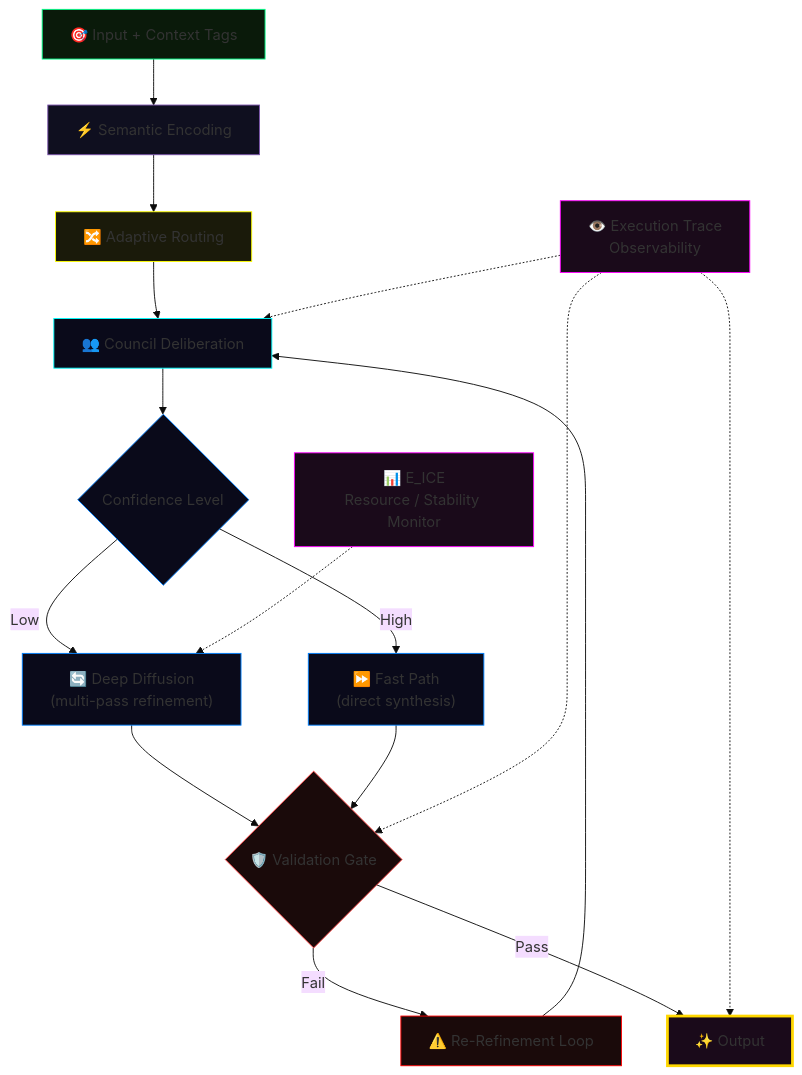
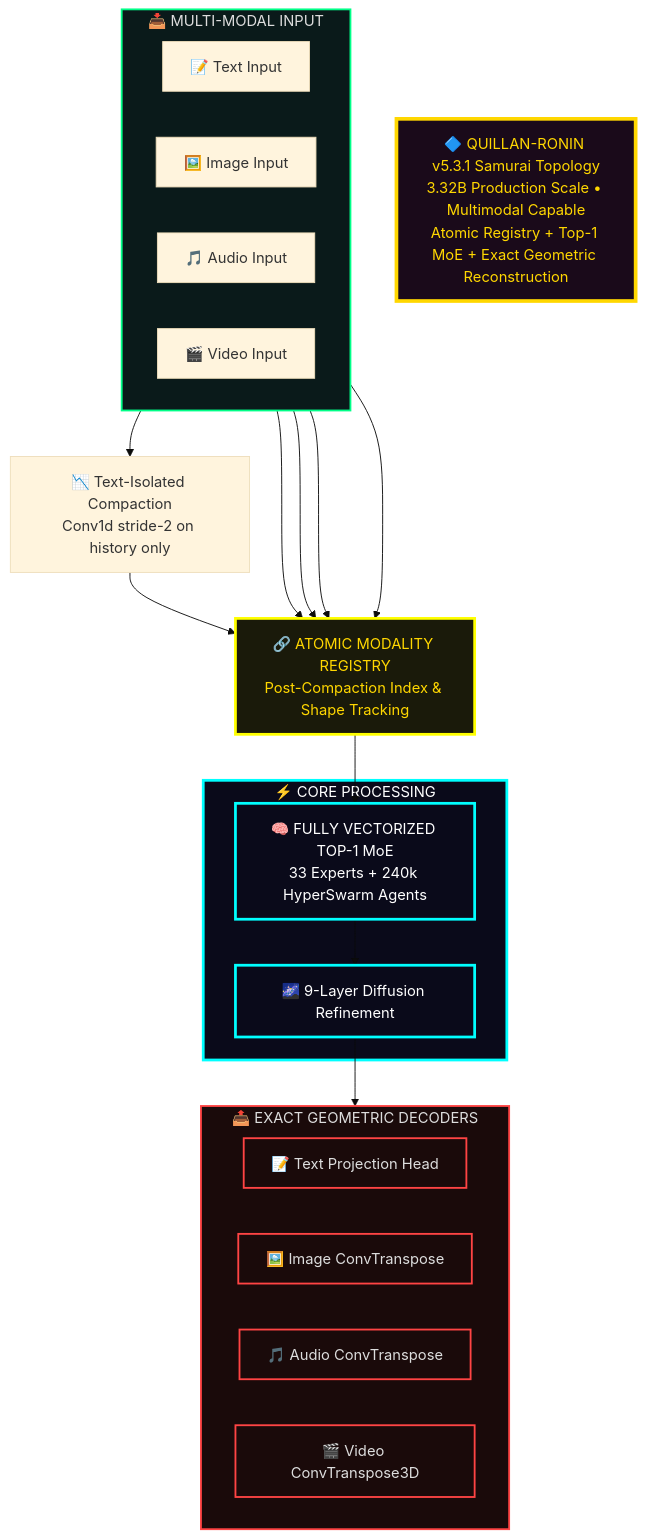
One commit to leeex1/Ace-v4.2-repo changed diagram 43 of 45 in system prompts/Quillan-Samurai.md. Above: the diagram before and after it, drawn with Mermaid (base theme). The commit also changed other lines of this file, not shown here.

Commit message:
code fixes

````diff
--- a/system prompts/Quillan-Samurai.md
+++ b/system prompts/Quillan-Samurai.md
@@ -7561,49 +7559,56 @@
 ```mermaid
 flowchart TB
+    %% HEADER
+    SYS["🔷 QUILLAN-RONIN v5.3.1 Samurai Topology<br/>3.32B Production Scale • Multimodal Capable<br/>Atomic Registry + Top-1 MoE + Exact Geometric Reconstruction"]
 
-    %% INPUT
-    I["🎯 Input + Context Tags"] --> S["⚡ Semantic Encoding"]
+    %% INPUT LAYER
+    subgraph INPUT ["📥 MULTI-MODAL INPUT"]
+        direction LR
+        TEXT["📝 Text Input"]
+        IMG["🖼️ Image Input"]
+        AUD["🎵 Audio Input"]
+        VID["🎬 Video Input"]
+    end
 
-    %% ROUTING
-    S --> R["🔀 Adaptive Routing"]
-    R --> C["👥 Council Deliberation"]
+    %% REGISTRY & FUSION
+    REG["🔗 ATOMIC MODALITY REGISTRY<br/>Post-Compaction Index & Shape Tracking"]
 
-    %% DECISION
-    C --> DEC{"Confidence Level"}
+    %% TEXT COMPACTION
+    COMPACT["📉 Text-Isolated Compaction<br/>Conv1d stride-2 on history only"]
 
-    DEC -->|"Low"| D["🔄 Deep Diffusion<br/>(multi-pass refinement)"]
-    DEC -->|"High"| F["⏩ Fast Path<br/>(direct synthesis)"]
+    %% CORE PROCESSING
+    subgraph CORE ["⚡ CORE PROCESSING"]
+        MOE["🧠 FULLY VECTORIZED TOP-1 MoE<br/>33 Experts + 240k HyperSwarm Agents"]
+        DIFF["🌌 9-Layer Diffusion Refinement"]
+    end
 
-    %% MERGE
-    D --> V
-    F --> V
+    %% OUTPUT LAYER
+    subgraph OUTPUT ["📤 EXACT GEOMETRIC DECODERS"]
+        direction LR
+        TDEC["📝 Text Projection Head"]
+        IDEC["🖼️ Image ConvTranspose"]
+        ADEC["🎵 Audio ConvTranspose"]
+        VDEC["🎬 Video ConvTranspose3D"]
+    end
 
-    %% VALIDATION
-    V{"🛡️ Validation Gate"}
-    
-    V -->|"Fail"| X["⚠️ Re-Refinement Loop"]
-    V -->|"Pass"| O["✨ Output"]
-
-    %% FEEDBACK LOOP
-    X --> C
-
-    %% SYSTEM OVERSIGHT
-    E["📊 E_ICE<br/>Resource / Stability Monitor"] -.-> D
-    T["👁️ Execution Trace<br/>Observability"] -.-> C
-    T -.-> V
-    T -.-> O
+    %% FLOW
+    TEXT & IMG & AUD & VID --> REG
+    TEXT --> COMPACT
+    COMPACT --> REG
+    REG --> MOE
+    MOE --> DIFF
+    DIFF --> OUTPUT
 
     %% STYLING
-    style I fill:#0a1a0a,stroke:#00ff88
-    style S fill:#0f0f1f,stroke:#7851a9
-    style R fill:#1a1a0a,stroke:#ffff00
-    style C fill:#0a0a1a,stroke:#00ffff
-    style DEC fill:#0a0a1a,stroke:#0080ff
-    style D fill:#0a0a1a,stroke:#0080ff
-    style F fill:#0a0a1a,stroke:#0080ff
-    style V fill:#1a0a0a,stroke:#ff4444
-    style X fill:#1a0a0a,stroke:#ff0000
-    style O fill:#1a0a1a,stroke:#ffd700,stroke-width:3px
-    style E fill:#1a0a1a,stroke:#ff00ff
-    style T fill:#1a0a1a,stroke:#ff00ff
+    classDef header  fill:#1a0a1a,stroke:#ffd700,stroke-width:4px,color:#ffd700
+    classDef input   fill:#0a1a1a,stroke:#00ff88,stroke-width:2px,color:#ddd
+    classDef registry fill:#1a1a0a,stroke:#ffff00,stroke-width:3px,color:#ffd700
+    classDef core    fill:#0a0a1a,stroke:#00ffff,stroke-width:3px,color:#fff
+    classDef output  fill:#1a0a0a,stroke:#ff4444,stroke-width:2px,color:#ddd
+
+    class SYS header
+    class INPUT input
+    class REG registry
+    class CORE,MOE,DIFF core
+    class OUTPUT,TDEC,IDEC,ADEC,VDEC output
 ```
````
